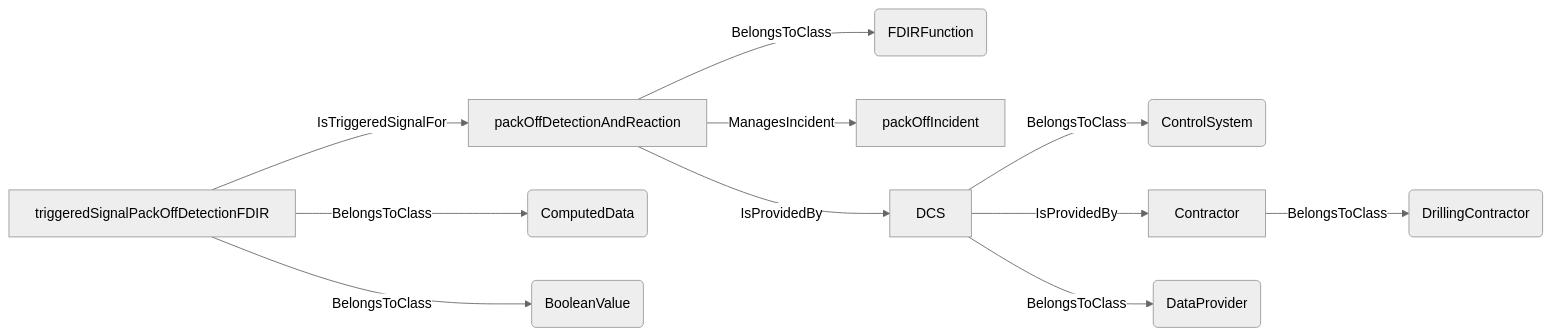
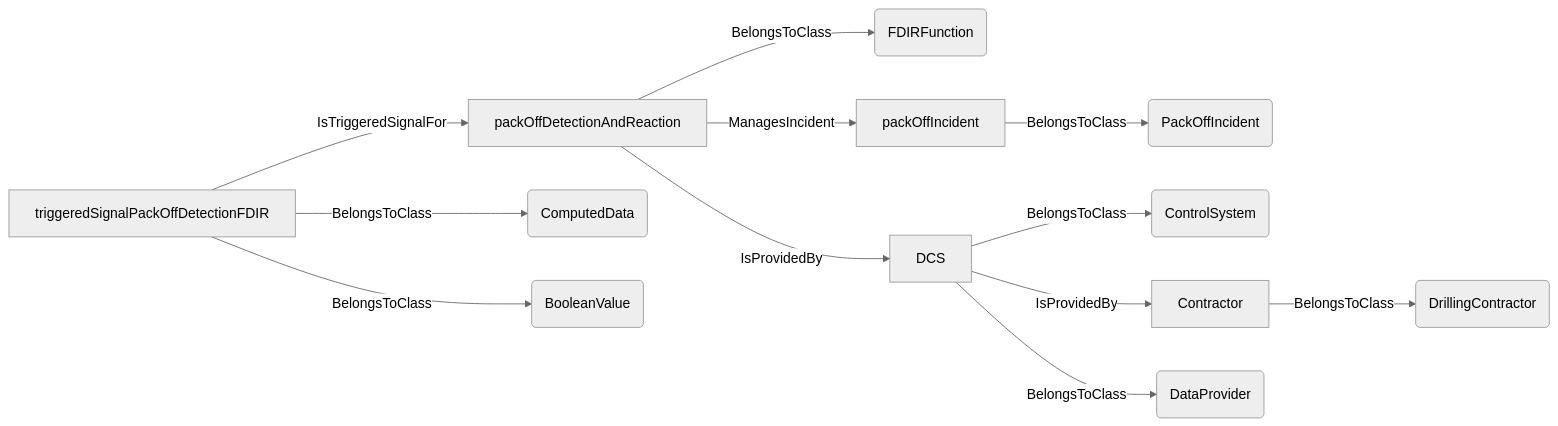
One commit to D-WIS/DDHub-Semantic-Interoperability changed diagram 18 of 20 in docs/vocabulary_development/auto-generated/md/definition-files/ADCS.md. Above: the diagram before and after it, drawn with Mermaid (neutral theme). The commit also changed other lines of this file and 14 other files, not shown here.

````diff
--- a/docs/vocabulary_development/auto-generated/md/definition-files/ADCS.md
+++ b/docs/vocabulary_development/auto-generated/md/definition-files/ADCS.md
@@ -884,13 +909,14 @@
 ```mermaid
 graph LR
 	N0000[packOffDetectionAndReaction] -->|BelongsToClass| N0001(FDIRFunction) 
+	N0002[packOffIncident] -->|BelongsToClass| N0003(PackOffIncident) 
 	N0000[packOffDetectionAndReaction] -->|ManagesIncident| N0002[packOffIncident] 
-	N0003[DCS] -->|BelongsToClass| N0004(ControlSystem) 
-	N0005[Contractor] -->|BelongsToClass| N0006(DrillingContractor) 
-	N0003[DCS] -->|IsProvidedBy| N0005[Contractor] 
-	N0003[DCS] -->|BelongsToClass| N0007(DataProvider) 
-	N0000[packOffDetectionAndReaction] -->|IsProvidedBy| N0003[DCS] 
-	N0008[triggeredSignalPackOffDetectionFDIR] -->|BelongsToClass| N0009(ComputedData) 
-	N0008[triggeredSignalPackOffDetectionFDIR] -->|BelongsToClass| N0010(BooleanValue) 
-	N0008[triggeredSignalPackOffDetectionFDIR] -->|IsTriggeredSignalFor| N0000[packOffDetectionAndReaction] 
+	N0004[DCS] -->|BelongsToClass| N0005(ControlSystem) 
+	N0006[Contractor] -->|BelongsToClass| N0007(DrillingContractor) 
+	N0004[DCS] -->|IsProvidedBy| N0006[Contractor] 
+	N0004[DCS] -->|BelongsToClass| N0008(DataProvider) 
+	N0000[packOffDetectionAndReaction] -->|IsProvidedBy| N0004[DCS] 
+	N0009[triggeredSignalPackOffDetectionFDIR] -->|BelongsToClass| N0010(ComputedData) 
+	N0009[triggeredSignalPackOffDetectionFDIR] -->|BelongsToClass| N0011(BooleanValue) 
+	N0009[triggeredSignalPackOffDetectionFDIR] -->|IsTriggeredSignalFor| N0000[packOffDetectionAndReaction] 
 ```
````
